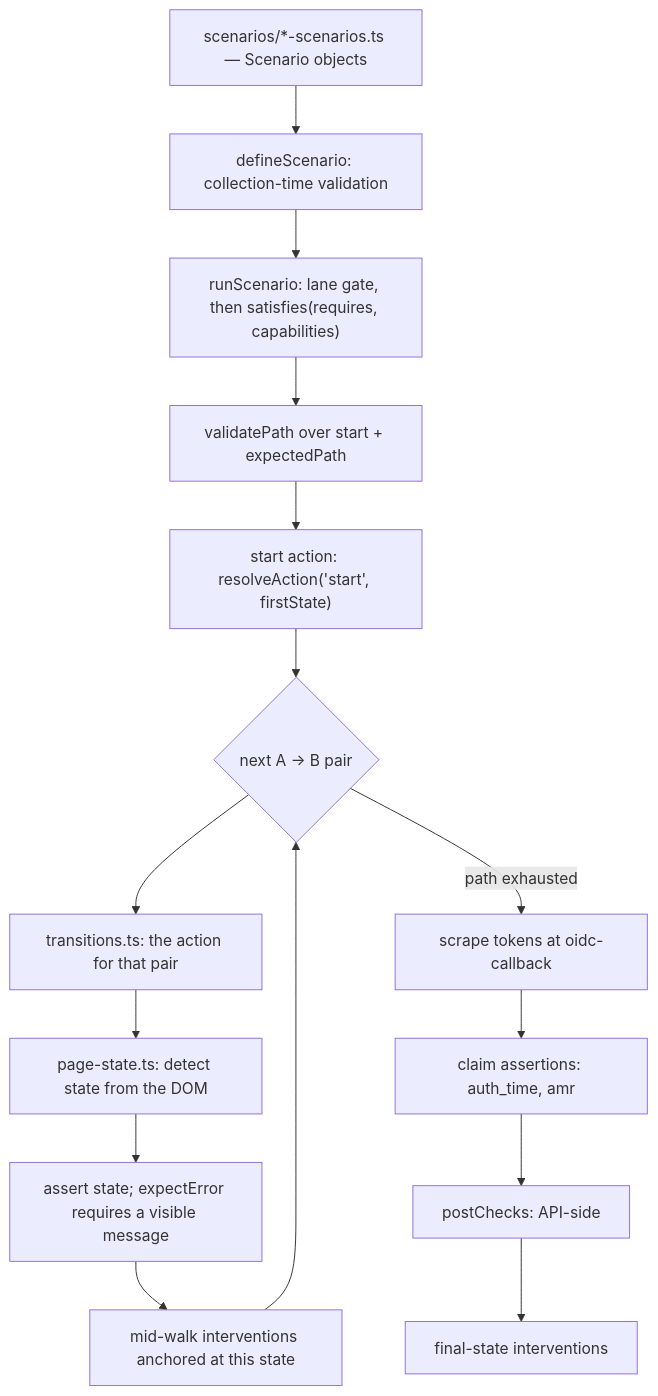
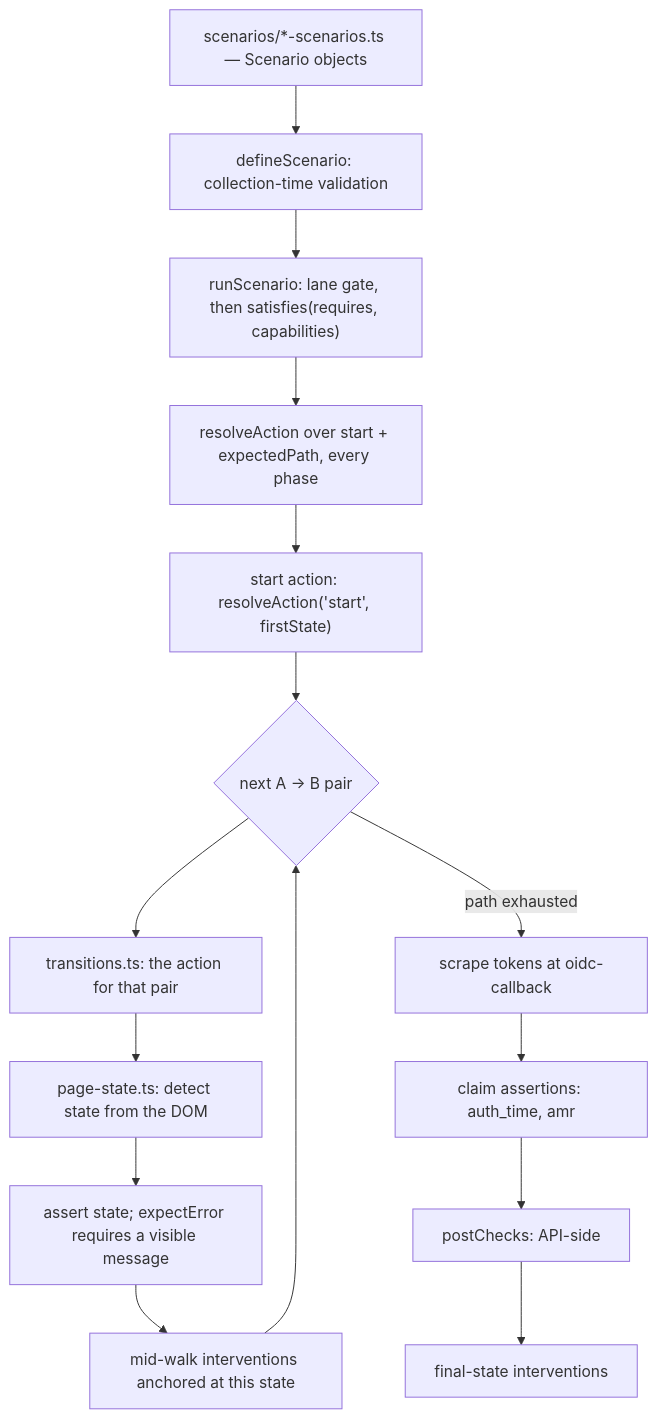
The fifth of 5 diagrams in docs/testing-spec.md (canonical/canonical-identity-platform-testing), drawn with Mermaid before and after one commit. The commit also changed other lines of this file and 30 other files, not shown here.

````diff
--- a/docs/testing-spec.md
+++ b/docs/testing-spec.md
@@ -522,17 +522,17 @@
 ```mermaid
 flowchart TD
   A["scenarios/*-scenarios.ts — Scenario objects"] --> B["defineScenario: collection-time validation"]
   B --> C["runScenario: lane gate, then satisfies(requires, capabilities)"]
-  C --> D["validatePath over start + expectedPath"]
+  C --> D["resolveAction over start + expectedPath, every phase"]
   D --> E["start action: resolveAction('start', firstState)"]
   E --> F{"next A → B pair"}
   F --> G["transitions.ts: the action for that pair"]
   G --> H["page-state.ts: detect state from the DOM"]
   H --> I["assert state; expectError requires a visible message"]
   I --> J["mid-walk interventions anchored at this state"]
   J --> F
   F -->|path exhausted| K["scrape tokens at oidc-callback"]
   K --> L["claim assertions: auth_time, amr"]
   L --> M["postChecks: API-side"]
   M --> N["final-state interventions"]
 ```
````
